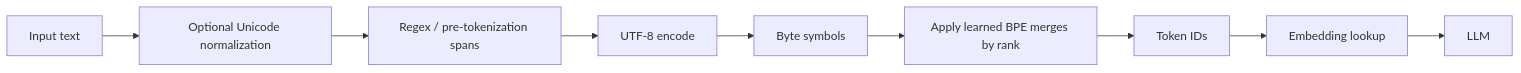
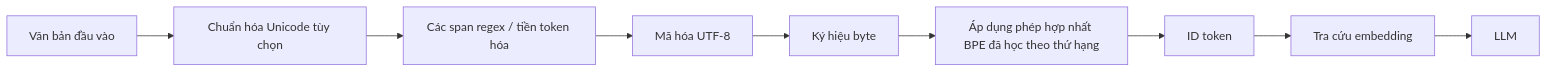
The first of 2 diagrams in docs/research_finding/01-gwen/module_details/LLM_modules/BBPE_Tokenizer.md (cycler04/VinRobotics-VLA), drawn with Mermaid before and after one commit. The commit also changed other lines of this file and 79 other files, not shown here.

````diff
--- a/docs/research_finding/01-gwen/module_details/LLM_modules/BBPE_Tokenizer.md
+++ b/docs/research_finding/01-gwen/module_details/LLM_modules/BBPE_Tokenizer.md
@@ -132,11 +135,11 @@
 ```mermaid
 flowchart LR
-    T[Input text] --> N[Optional Unicode normalization]
-    N --> P[Regex / pre-tokenization spans]
-    P --> U[UTF-8 encode]
-    U --> B[Byte symbols]
-    B --> M[Apply learned BPE merges by rank]
-    M --> I[Token IDs]
-    I --> E[Embedding lookup]
+    T[Văn bản đầu vào] --> N[Chuẩn hóa Unicode tùy chọn]
+    N --> P[Các span regex / tiền token hóa]
+    P --> U[Mã hóa UTF-8]
+    U --> B[Ký hiệu byte]
+    B --> M[Áp dụng phép hợp nhất BPE đã học theo thứ hạng]
+    M --> I[ID token]
+    I --> E[Tra cứu embedding]
     E --> L[LLM]
 ```
````
